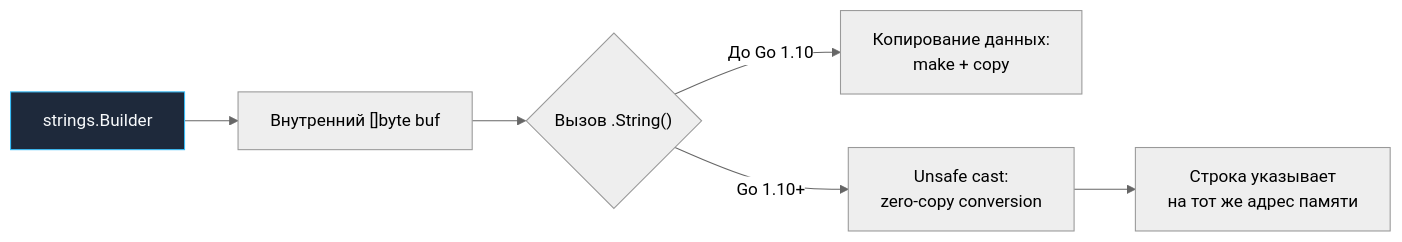
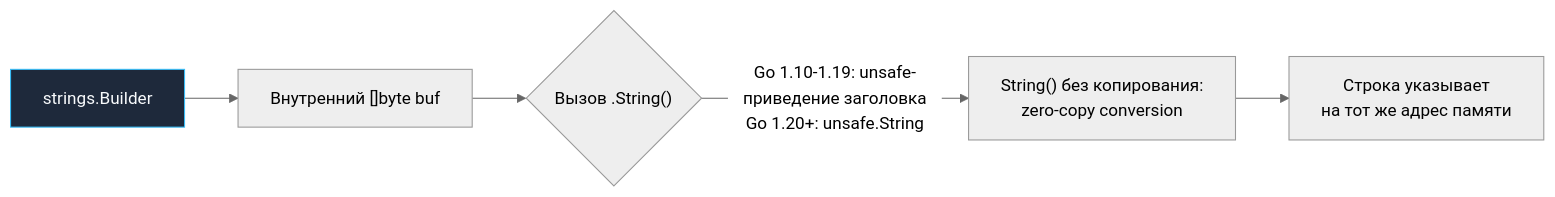
Before and after one commit to UnrealTemplier/go-textbook-ru: the diagram in sources/6. Стандартная библиотека Go/7. strings. Работа со строками.md, drawn with Mermaid (neutral theme). The commit also changed other lines of this file and 47 other files, not shown here.

````diff
--- a/sources/6. Стандартная библиотека Go/7. strings. Работа со строками.md
+++ b/sources/6. Стандартная библиотека Go/7. strings. Работа со строками.md
@@ -112,18 +112,17 @@
 ```mermaid
 flowchart LR
     classDef process  fill:#1e293b,stroke:#38bdf8,stroke-width:1px,color:#f8fafc
     classDef success  fill:#064e3b,stroke:#34d399,stroke-width:1px,color:#f8fafc
     classDef error    fill:#7f1d1d,stroke:#f87171,stroke-width:1px,color:#f8fafc
     classDef warning  fill:#78350f,stroke:#fbbf24,stroke-width:1px,color:#f8fafc
     classDef entry    fill:#1e3a5f,stroke:#38bdf8,stroke-width:2px,color:#f8fafc
     classDef aux      fill:#334155,stroke:#64748b,stroke-width:1px,color:#f8fafc
     classDef system   fill:#312e81,stroke:#a78bfa,stroke-width:1px,color:#f8fafc
     classDef data     fill:#132d29,stroke:#2dd4bf,stroke-width:1px,color:#f8fafc
     classDef network  fill:#881337,stroke:#fb7185,stroke-width:1px,color:#f8fafc
     classDef accent   fill:#1e1b4b,stroke:#818cf8,stroke-width:1px,color:#f8fafc
     A["strings.Builder"]:::process --> B["Внутренний []byte buf"]
     B --> C{"Вызов .String()"}
-    C -->|До Go 1.10| D["Копирование данных:<br>make + copy"]
-    C -->|Go 1.10+| E["Unsafe cast:<br>zero-copy conversion"]
+    C -->|"Go 1.10-1.19: unsafe-приведение заголовка<br>Go 1.20+: unsafe.String"| E["String() без копирования:<br>zero-copy conversion"]
     E --> F["Строка указывает<br>на тот же адрес памяти"]
 ```
````
